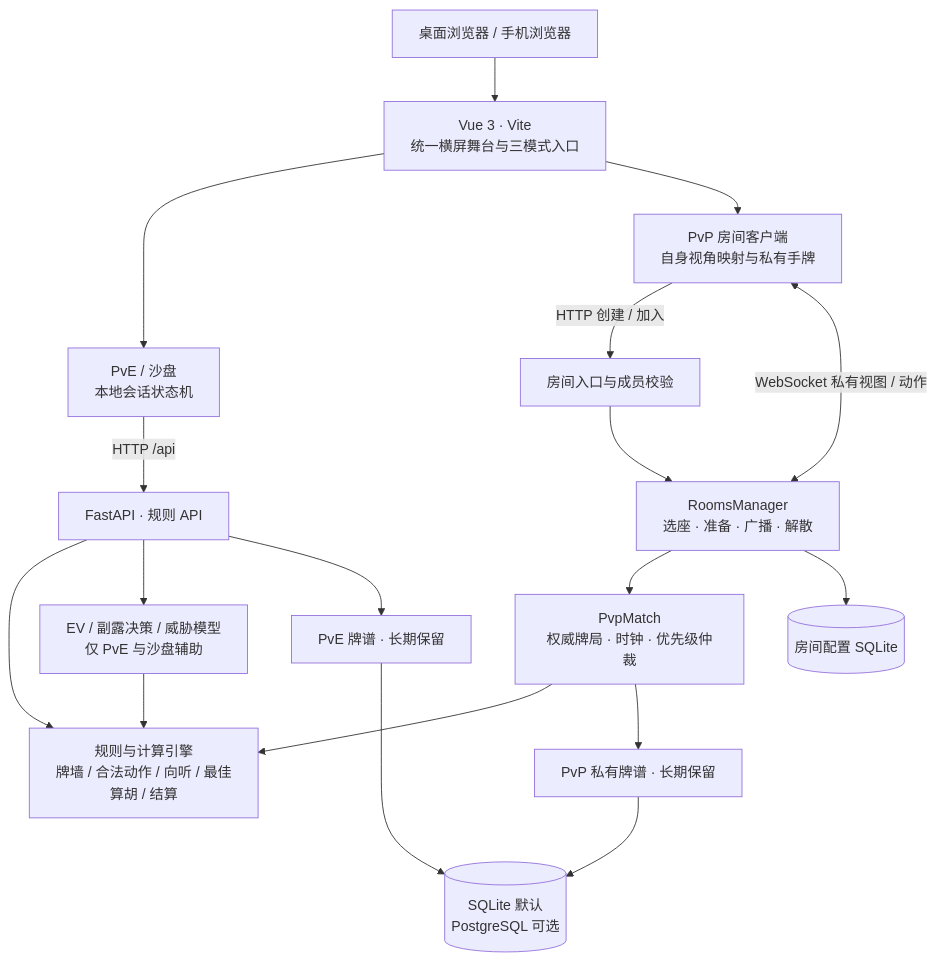
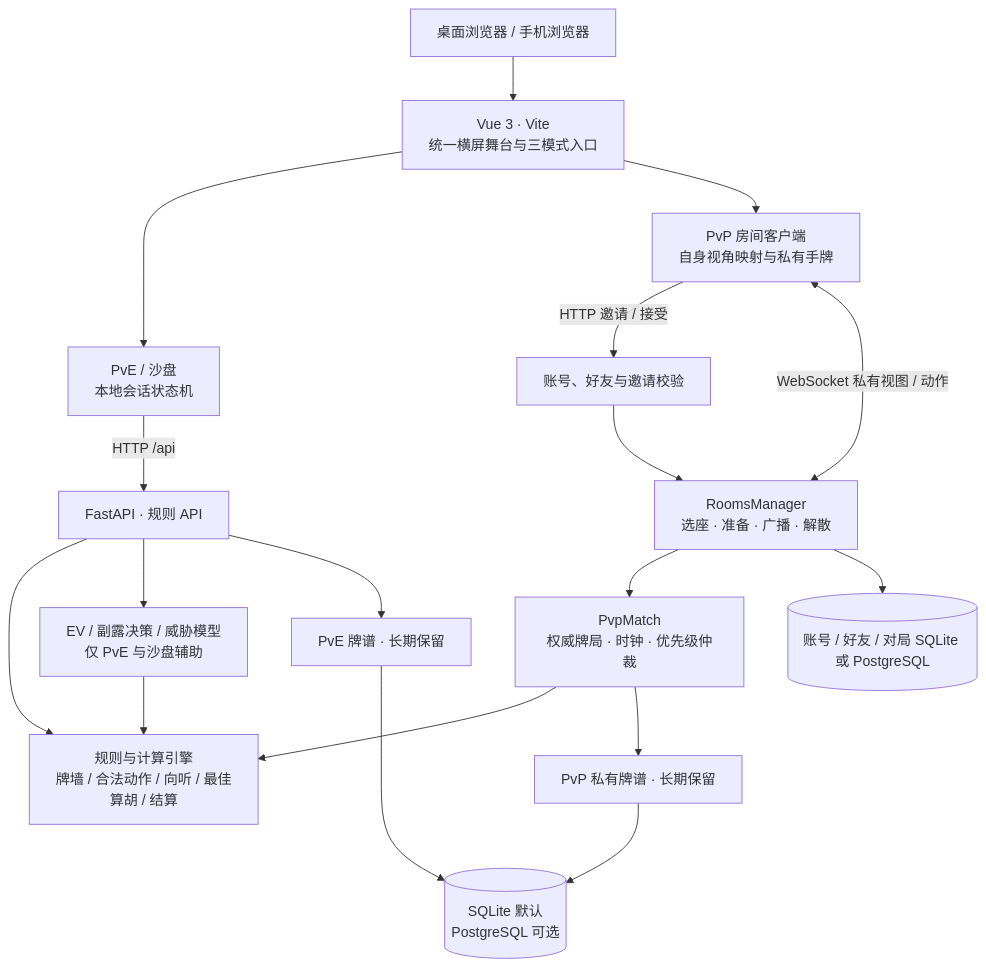
Before and after one commit to Karry1123/DingLongMahjong: the diagram in README.md, drawn with Mermaid. The commit also changed other lines of this file and 3 other files, not shown here.

````diff
--- a/README.md
+++ b/README.md
@@ -82,20 +87,20 @@
 ```mermaid
 flowchart TD
     U[桌面浏览器 / 手机浏览器] --> V[Vue 3 · Vite<br/>统一横屏舞台与三模式入口]
     V --> PVE[PvE / 沙盘<br/>本地会话状态机]
     V --> PVP[PvP 房间客户端<br/>自身视角映射与私有手牌]
     PVE -->|HTTP /api| API[FastAPI · 规则 API]
-    PVP -->|HTTP 创建 / 加入| ROOM[房间入口与成员校验]
+    PVP -->|HTTP 邀请 / 接受| ROOM[账号、好友与邀请校验]
     PVP <-->|WebSocket 私有视图 / 动作| RM[RoomsManager<br/>选座 · 准备 · 广播 · 解散]
     ROOM --> RM
     RM --> MATCH[PvpMatch<br/>权威牌局 · 时钟 · 优先级仲裁]
     API --> ENGINE[规则与计算引擎<br/>牌墙 / 合法动作 / 向听 / 最佳算胡 / 结算]
     API --> EV[EV / 副露决策 / 威胁模型<br/>仅 PvE 与沙盘辅助]
     EV --> ENGINE
     MATCH --> ENGINE
     MATCH --> ARCHIVE[PvP 私有牌谱 · 长期保留]
     API --> RECORD[PvE 牌谱 · 长期保留]
     ARCHIVE --> DB[(SQLite 默认<br/>PostgreSQL 可选)]
     RECORD --> DB
-    RM --> ROOMDB[(房间配置 SQLite)]
+    RM --> ROOMDB[(账号 / 好友 / 对局 SQLite 或 PostgreSQL)]
 ```
````
